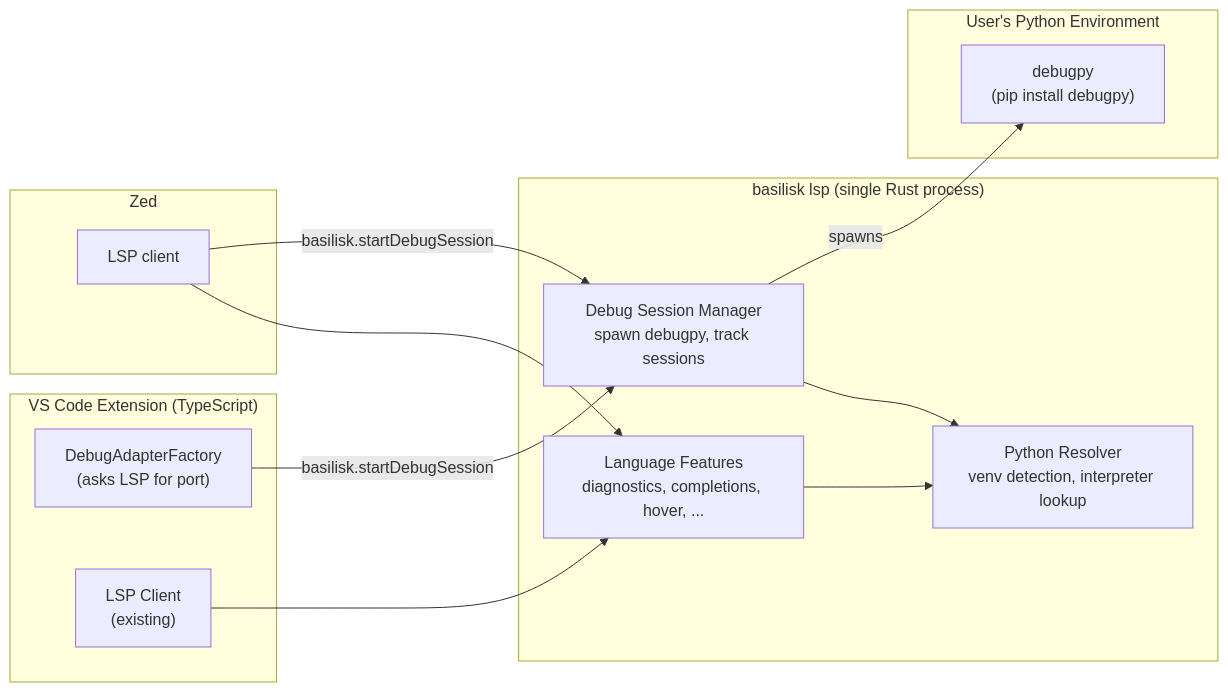
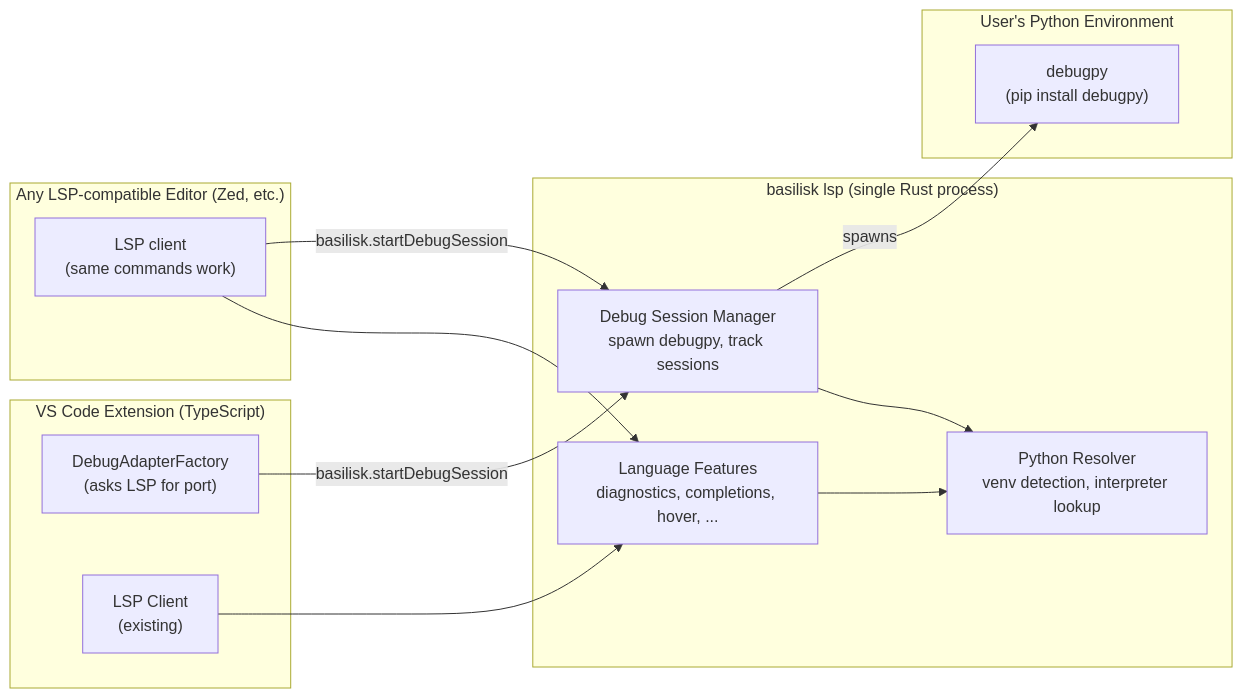
The fourth of 4 diagrams in docs/basilisk-debug-integration.md (Nimblesite/Basilisk), drawn with Mermaid before and after one commit. The commit also changed other lines of this file, not shown here.

````diff
--- a/docs/basilisk-debug-integration.md
+++ b/docs/basilisk-debug-integration.md
@@ -455,29 +465,29 @@
 ```mermaid
 graph LR
     subgraph "basilisk lsp (single Rust process)"
         LANG[Language Features<br/>diagnostics, completions, hover, ...]
         DEBUG[Debug Session Manager<br/>spawn debugpy, track sessions]
         PYRES[Python Resolver<br/>venv detection, interpreter lookup]
     end
 
     subgraph "VS Code Extension (TypeScript)"
         FACTORY["DebugAdapterFactory<br/>(asks LSP for port)"]
         LSPCLIENT["LSP Client<br/>(existing)"]
     end
 
-    subgraph "Zed"
-        ZED_LSP["LSP client"]
+    subgraph "Any LSP-compatible Editor (Zed, etc.)"
+        OTHER["LSP client<br/>(same commands work)"]
     end
 
     subgraph "User's Python Environment"
         DEBUGPY["debugpy<br/>(pip install debugpy)"]
     end
 
     LSPCLIENT --> LANG
     FACTORY -->|"basilisk.startDebugSession"| DEBUG
-    ZED_LSP --> LANG
-    ZED_LSP -->|"basilisk.startDebugSession"| DEBUG
+    OTHER --> LANG
+    OTHER -->|"basilisk.startDebugSession"| DEBUG
     DEBUG --> PYRES
     LANG --> PYRES
     DEBUG -->|"spawns"| DEBUGPY
 ```
````
